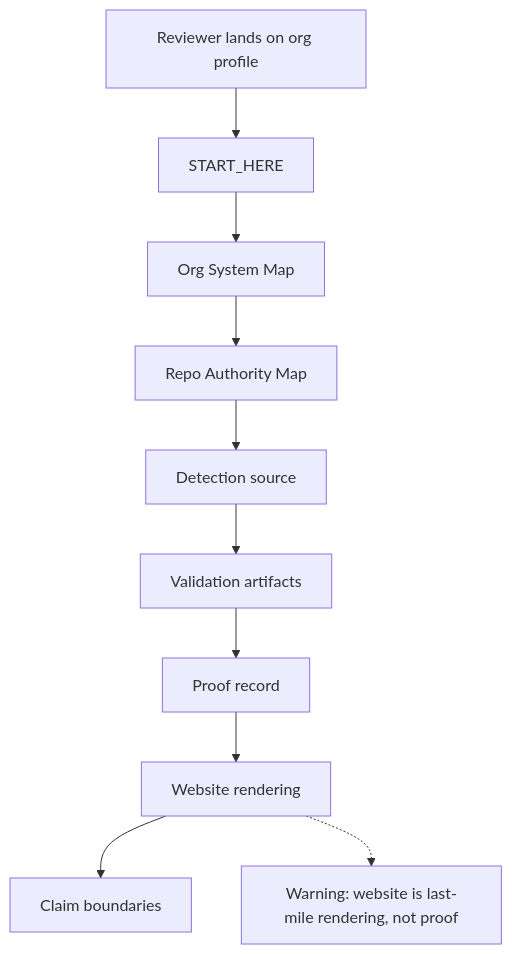
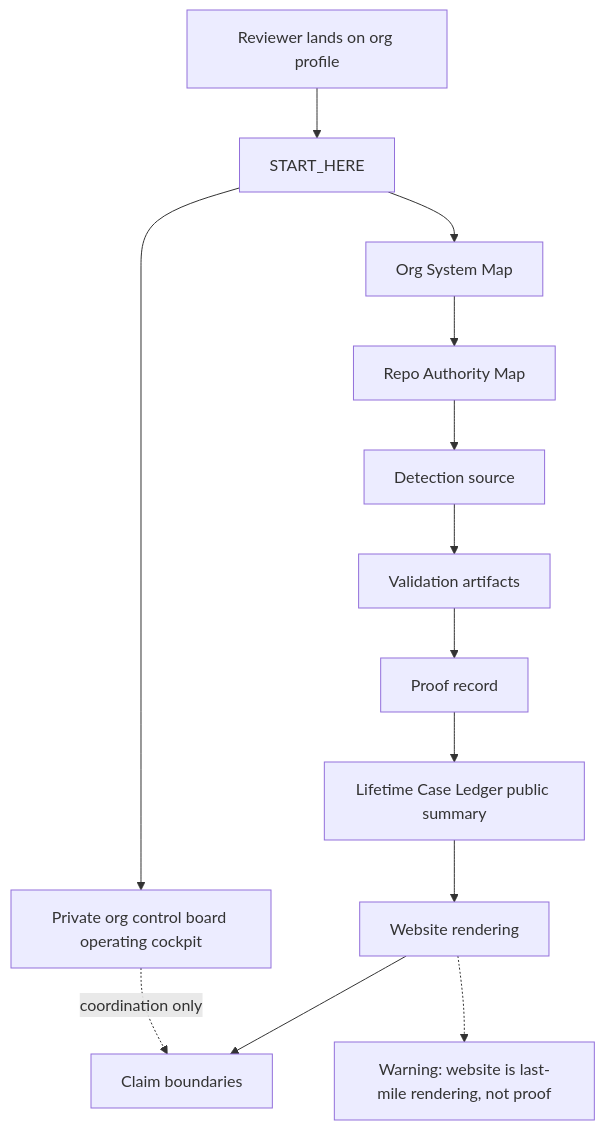
The sixth of 6 diagrams in wiki/11_ORG_SYSTEM_MAP.md (HawkinsOperations/.github), drawn with Mermaid before and after one commit. The commit also changed other lines of this file and 5 other files, not shown here.

Commit message:
docs: clarify org command center project routing

````diff
--- a/wiki/11_ORG_SYSTEM_MAP.md
+++ b/wiki/11_ORG_SYSTEM_MAP.md
@@ -170,16 +173,20 @@
 ```mermaid
 flowchart TD
     profile["Reviewer lands on org profile"]
     start["START_HERE"]
     map["Org System Map"]
     authority["Repo Authority Map"]
     source["Detection source"]
     validation["Validation artifacts"]
     proof["Proof record"]
+    project["Private org control board operating cockpit"]
+    ledger["Lifetime Case Ledger public summary"]
     website["Website rendering"]
     boundaries["Claim boundaries"]
     warning["Warning: website is last-mile rendering, not proof"]
 
-    profile --> start --> map --> authority --> source --> validation --> proof --> website --> boundaries
+    profile --> start --> map --> authority --> source --> validation --> proof --> ledger --> website --> boundaries
+    start --> project
+    project -. "coordination only" .-> boundaries
     website -.-> warning
 ```
````
